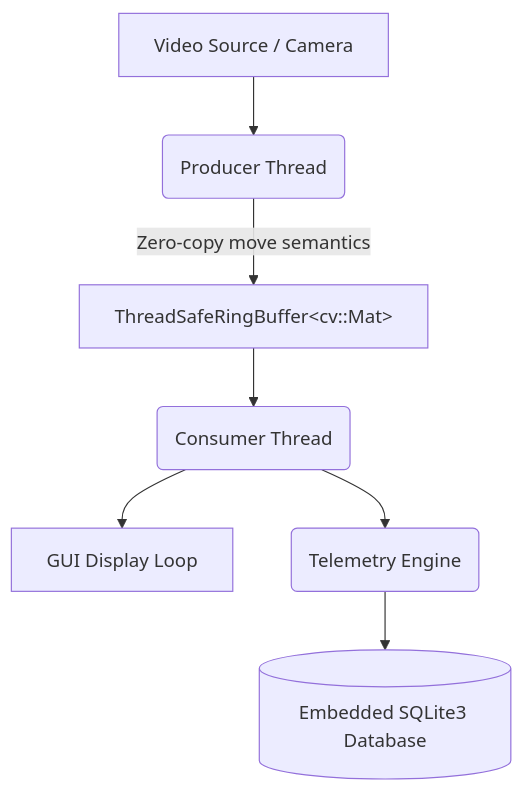
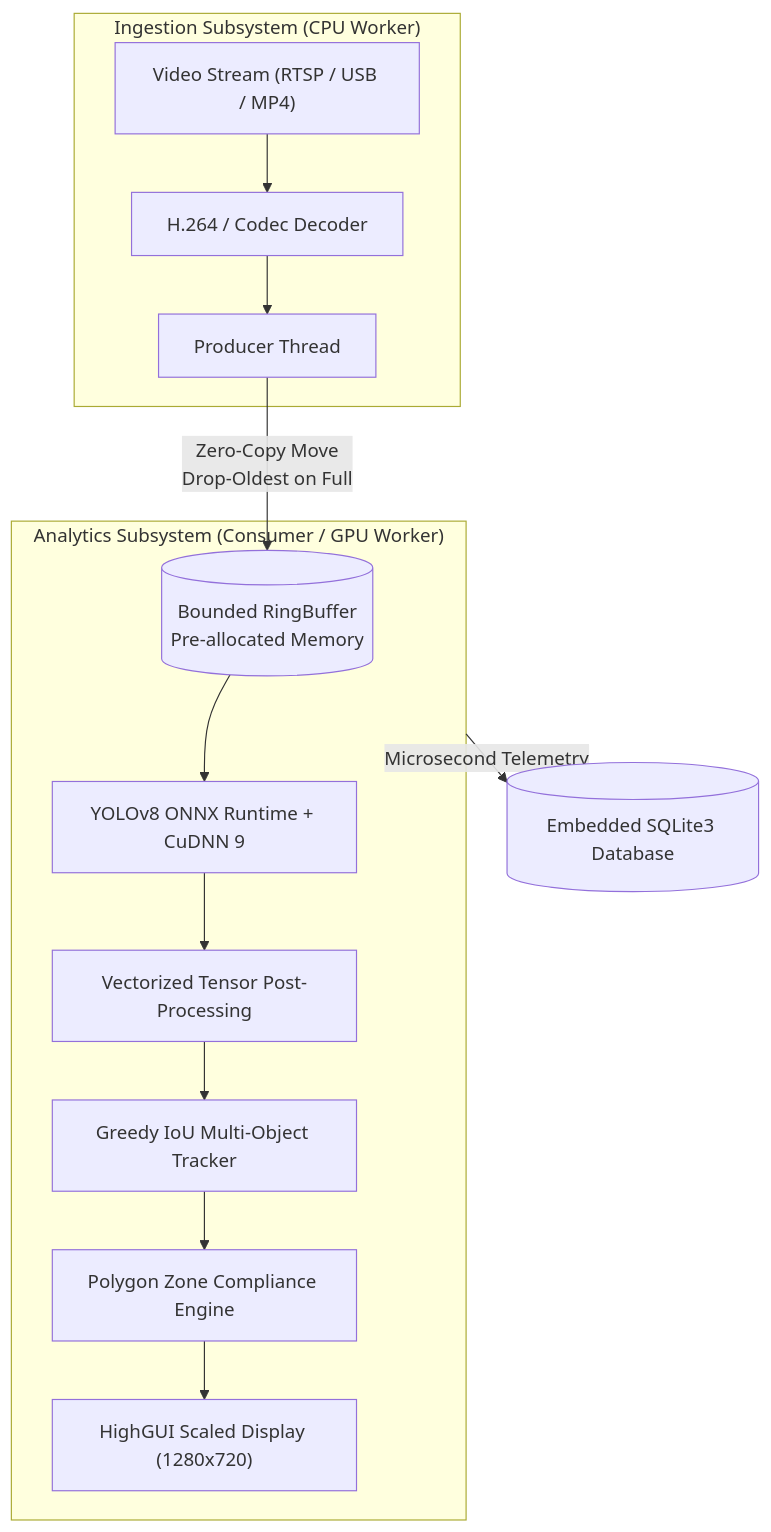
One commit to skandanyal/EdgeStream changed the first of 4 diagrams in README.md. Above: the diagram before and after it, drawn with Mermaid. The commit also changed other lines of this file and 22 other files, not shown here.

Commit message:
added: v2 - object tracking engine

````diff
--- a/README.md
+++ b/README.md
@@ -13,10 +11,19 @@
 ```mermaid
 flowchart TD
-  A["Video Source / Camera"] --> B("Producer Thread")
-  B -->|"Zero-copy move semantics"| C["ThreadSafeRingBuffer&lt;cv::Mat&gt;"]
-  C --> D("Consumer Thread")
-  D --> E["GUI Display Loop"]
-  D --> F("Telemetry Engine")
-  F --> G[("Embedded SQLite3 Database")]
+    subgraph Ingestion ["Ingestion Subsystem (CPU Worker)"]
+        A["Video Stream (RTSP / USB / MP4)"] --> B["H.264 / Codec Decoder"]
+        B --> C["Producer Thread"]
+    end
 
+    C -->|"Zero-Copy Move\nDrop-Oldest on Full"| D[("Bounded RingBuffer<cv::Mat>\nPre-allocated Memory")]
+
+    subgraph Analytics ["Analytics Subsystem (Consumer / GPU Worker)"]
+        D --> E["YOLOv8 ONNX Runtime + CuDNN 9"]
+        E --> F["Vectorized Tensor Post-Processing"]
+        F --> G["Greedy IoU Multi-Object Tracker"]
+        G --> H["Polygon Zone Compliance Engine"]
+        H --> I["HighGUI Scaled Display (1280x720)"]
+    end
+
+    Analytics -->|"Microsecond Telemetry"| J[("Embedded SQLite3 Database")]
 ```
````
